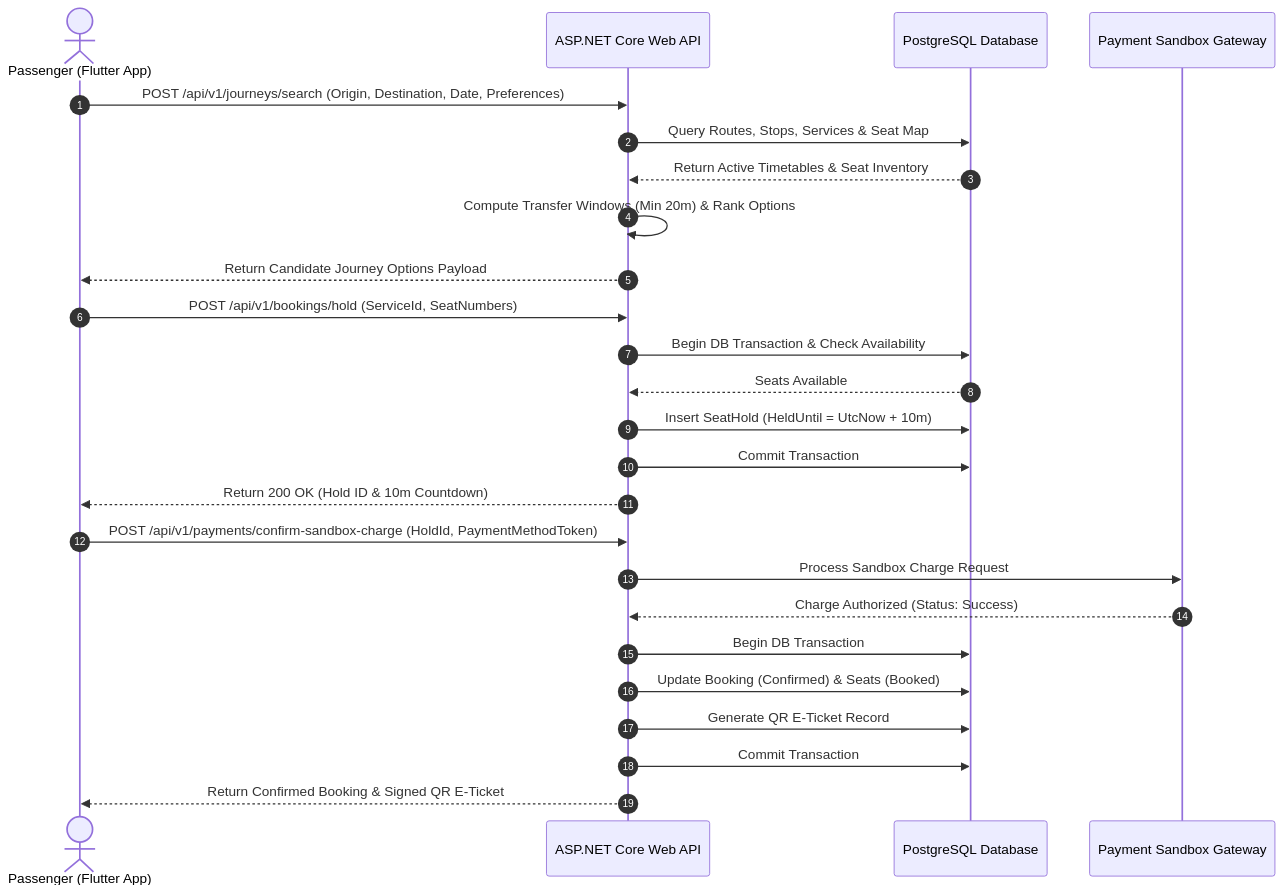
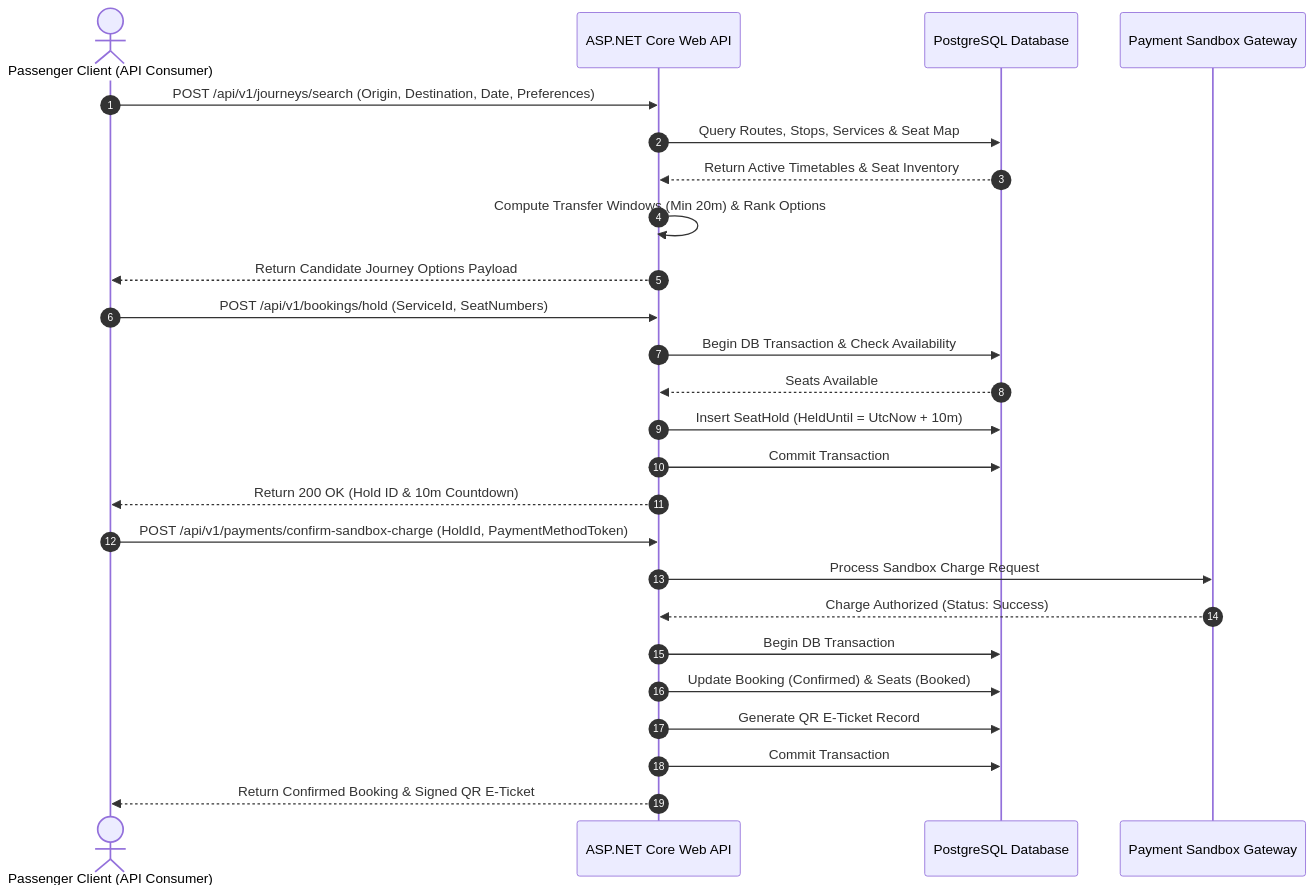
One commit to NuhadhMohomed/WayPoint changed the diagram in docs/architecture/diagrams/03-passenger-journey-flow.mermaid. Above: the diagram before and after it, drawn with Mermaid. The commit also changed 266 other files, not shown here.

```diff
--- a/docs/architecture/diagrams/03-passenger-journey-flow.mermaid
+++ b/docs/architecture/diagrams/03-passenger-journey-flow.mermaid
@@ -1,28 +1,28 @@
 sequenceDiagram
     autonumber
-    actor P as Passenger (Flutter App)
+    actor P as Passenger Client (API Consumer)
     participant API as ASP.NET Core Web API
     participant DB as PostgreSQL Database
     participant GW as Payment Sandbox Gateway
 
     P->>API: POST /api/v1/journeys/search (Origin, Destination, Date, Preferences)
     API->>DB: Query Routes, Stops, Services & Seat Map
     DB-->>API: Return Active Timetables & Seat Inventory
     API->>API: Compute Transfer Windows (Min 20m) & Rank Options
     API-->>P: Return Candidate Journey Options Payload
 
     P->>API: POST /api/v1/bookings/hold (ServiceId, SeatNumbers)
     API->>DB: Begin DB Transaction & Check Availability
     DB-->>API: Seats Available
     API->>DB: Insert SeatHold (HeldUntil = UtcNow + 10m)
     API->>DB: Commit Transaction
     API-->>P: Return 200 OK (Hold ID & 10m Countdown)
 
     P->>API: POST /api/v1/payments/confirm-sandbox-charge (HoldId, PaymentMethodToken)
     API->>GW: Process Sandbox Charge Request
     GW-->>API: Charge Authorized (Status: Success)
     API->>DB: Begin DB Transaction
     API->>DB: Update Booking (Confirmed) & Seats (Booked)
     API->>DB: Generate QR E-Ticket Record
     API->>DB: Commit Transaction
     API-->>P: Return Confirmed Booking & Signed QR E-Ticket
```
